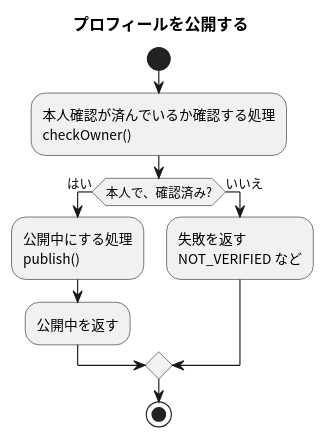
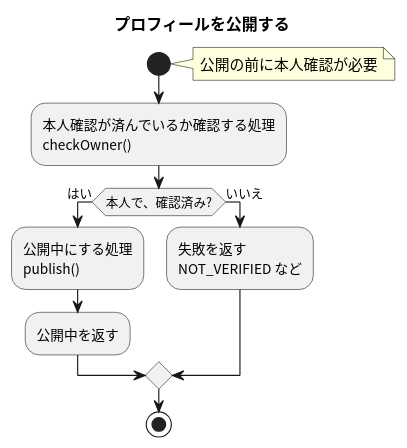
The diagram in apis/publish-profile/flow.puml (masamasamasato/design-doc-template), drawn with PlantUML before and after one commit. The commit also changed 5 other files, not shown here.

First line of the commit message:
公開処理の図に注記を追加 (#1)

```diff
--- a/apis/publish-profile/flow.puml
+++ b/apis/publish-profile/flow.puml
@@ -3,17 +3,18 @@
 @startuml
 skinparam shadowing false
 skinparam defaultFontName "Noto Sans CJK JP"
 skinparam ActivityFontName "Noto Sans CJK JP"
 
 title プロフィールを公開する
 
 start
+note right: 公開の前に本人確認が必要
 :本人確認が済んでいるか確認する処理\ncheckOwner();
 if (本人で、確認済み?) then (はい)
   :公開中にする処理\npublish();
   :公開中を返す;
 else (いいえ)
   :失敗を返す\nNOT_VERIFIED など;
 endif
 stop
 @enduml
```
